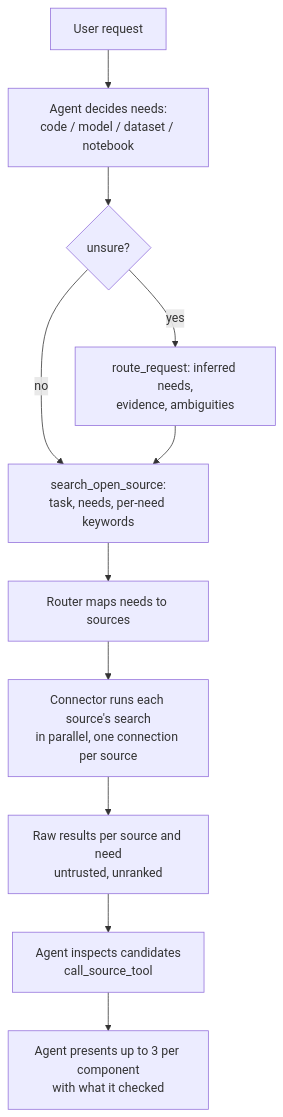
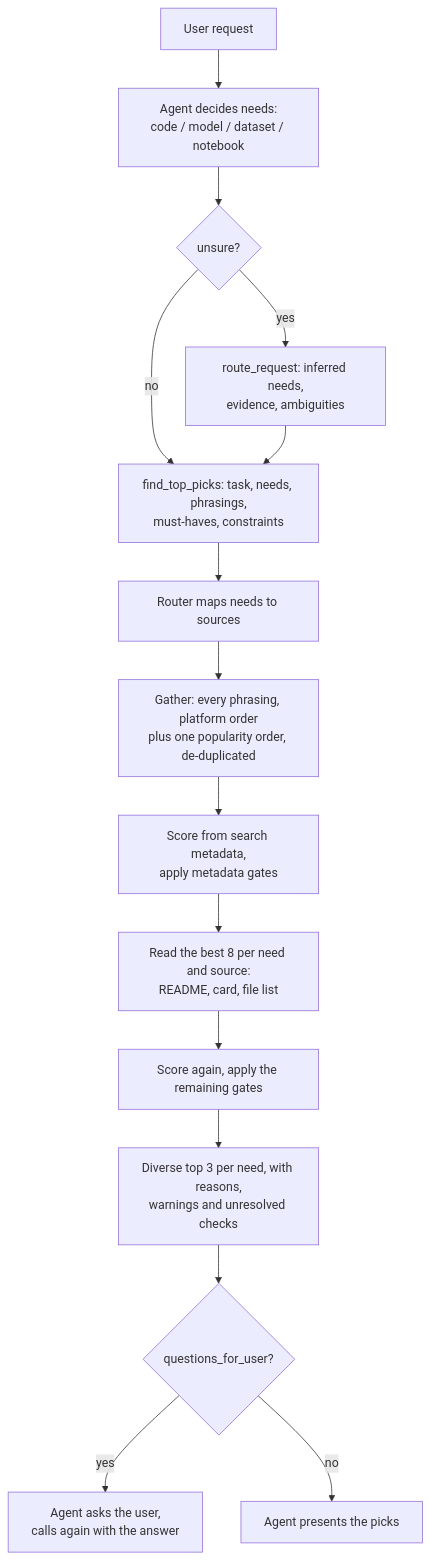
Before and after one commit to Qunivex/Open-Intelligence: the second of 2 diagrams in docs/architecture.md, drawn with Mermaid. The commit also changed other lines of this file and 38 other files, not shown here.

First line of the commit message:
Ranking, first version: gates, scores and an explained top 3 per need

````diff
--- a/docs/architecture.md
+++ b/docs/architecture.md
@@ -20,13 +22,17 @@
 ```mermaid
 flowchart TD
     A[User request] --> B[Agent decides needs:<br/>code / model / dataset / notebook]
     B --> C{unsure?}
     C -- yes --> D[route_request: inferred needs,<br/>evidence, ambiguities]
     C -- no --> E
-    D --> E[search_open_source:<br/>task, needs, per-need keywords]
+    D --> E[find_top_picks: task, needs, phrasings,<br/>must-haves, constraints]
     E --> F[Router maps needs to sources]
-    F --> G[Connector runs each source's search<br/>in parallel, one connection per source]
-    G --> H[Raw results per source and need<br/>untrusted, unranked]
-    H --> I[Agent inspects candidates<br/>call_source_tool]
-    I --> J[Agent presents up to 3 per component<br/>with what it checked]
+    F --> G[Gather: every phrasing, platform order<br/>plus one popularity order, de-duplicated]
+    G --> H[Score from search metadata,<br/>apply metadata gates]
+    H --> I[Read the best 8 per need and source:<br/>README, card, file list]
+    I --> J[Score again, apply the remaining gates]
+    J --> K[Diverse top 3 per need, with reasons,<br/>warnings and unresolved checks]
+    K --> L{questions_for_user?}
+    L -- yes --> M[Agent asks the user,<br/>calls again with the answer]
+    L -- no --> N[Agent presents the picks]
 ```
````
